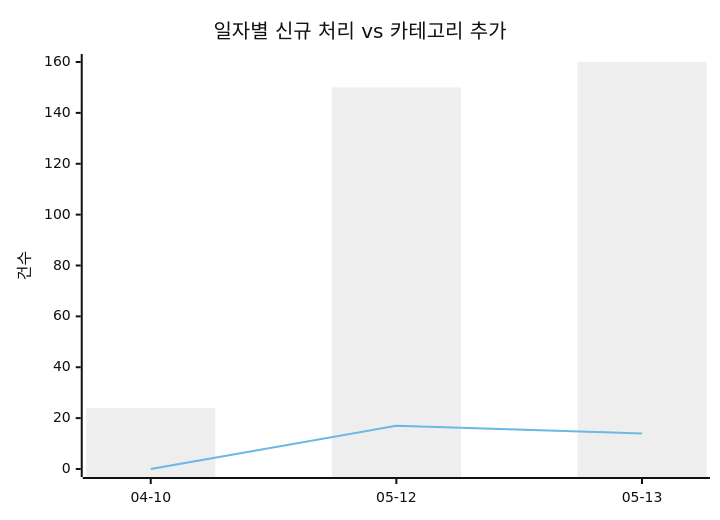
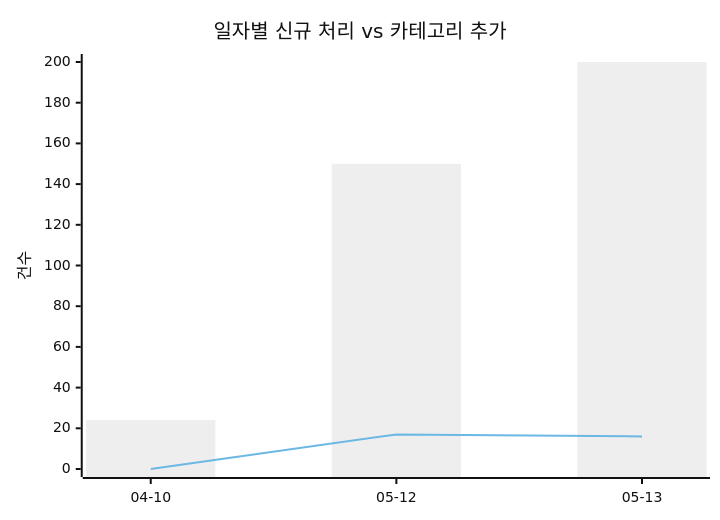
Before and after one commit to J-nowcow/awesome-korean-agent-skills: the first of 2 diagrams in docs/trends.md, drawn with Mermaid (neutral theme). The commit also changed other lines of this file and 5 other files, not shown here.

````diff
--- a/docs/trends.md
+++ b/docs/trends.md
@@ -32,8 +32,8 @@
 ```mermaid
 xychart-beta
     title "일자별 신규 처리 vs 카테고리 추가"
     x-axis ["04-10","05-12","05-13"]
     y-axis "건수"
-    bar [24,150,160]
-    line [0,17,14]
+    bar [24,150,200]
+    line [0,17,16]
 ```
````
